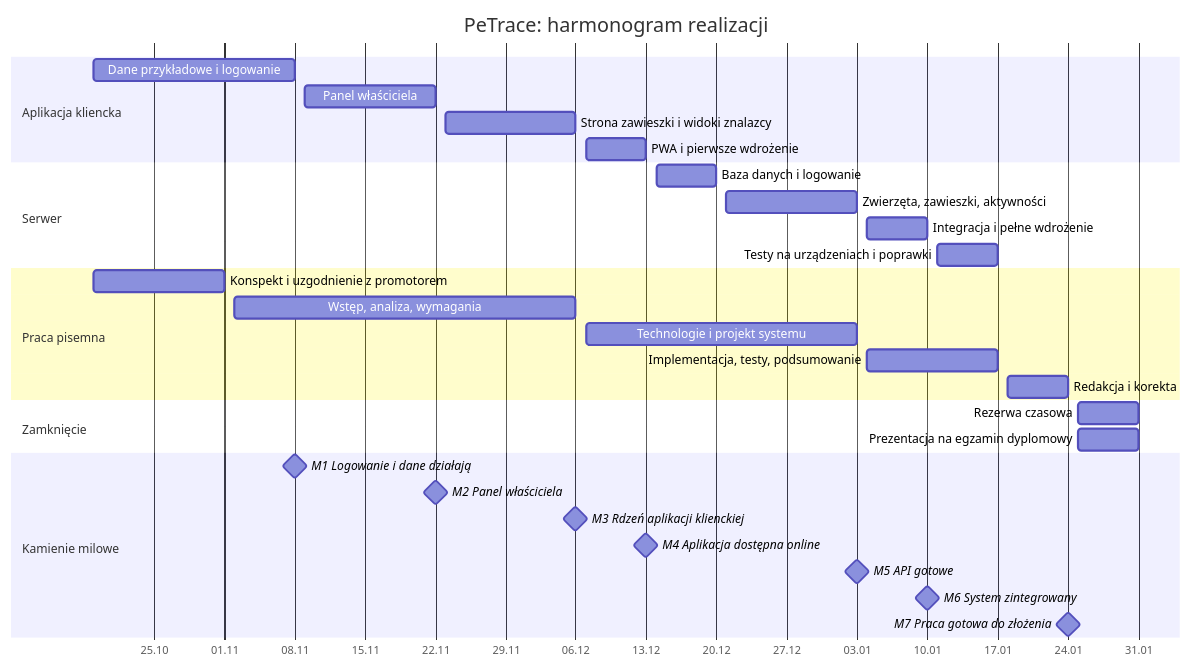
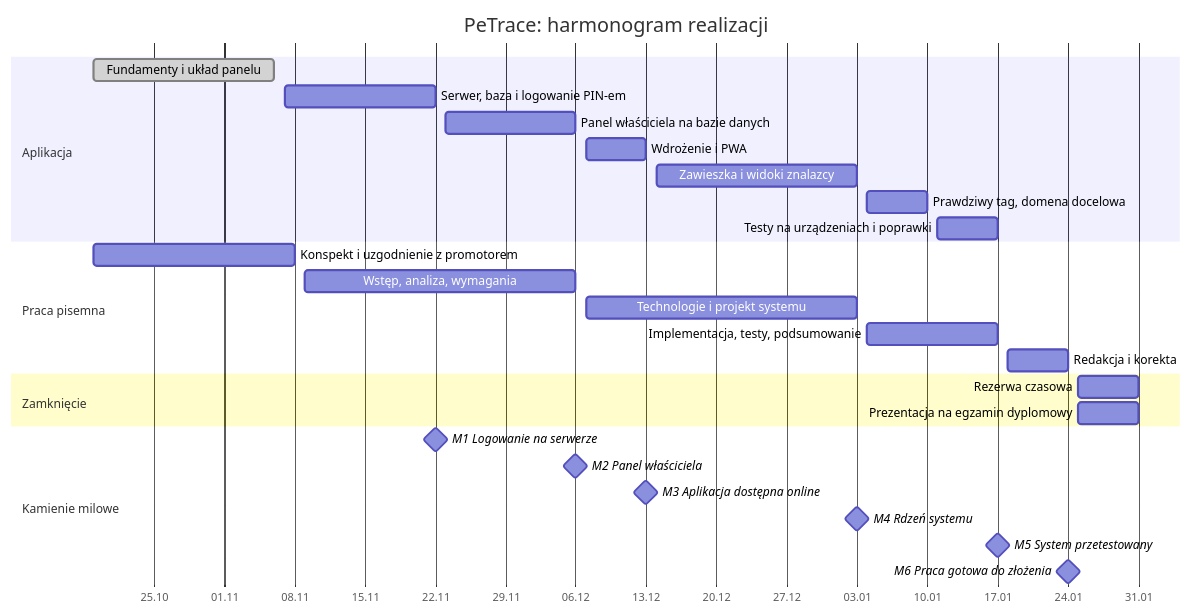
One commit to FullC0ntrol/petracer changed the diagram in plan/06-harmonogram.md. Above: the diagram before and after it, drawn with Mermaid. The commit also changed other lines of this file and 97 other files, not shown here.

````diff
--- a/plan/06-harmonogram.md
+++ b/plan/06-harmonogram.md
@@ -9,38 +9,34 @@
 ```mermaid
 gantt
   title PeTrace: harmonogram realizacji
   dateFormat YYYY-MM-DD
   axisFormat %d.%m
 
-  section Aplikacja kliencka
-  Dane przykładowe i logowanie        :f1, 2026-10-19, 2026-11-08
-  Panel właściciela                    :f2, 2026-11-09, 2026-11-22
-  Strona zawieszki i widoki znalazcy   :f3, 2026-11-23, 2026-12-06
-  PWA i pierwsze wdrożenie             :f4, 2026-12-07, 2026-12-13
-
-  section Serwer
-  Baza danych i logowanie              :b1, 2026-12-14, 2026-12-20
-  Zwierzęta, zawieszki, aktywności     :b2, 2026-12-21, 2027-01-03
-  Integracja i pełne wdrożenie         :i1, 2027-01-04, 2027-01-10
-  Testy na urządzeniach i poprawki     :t1, 2027-01-11, 2027-01-17
+  section Aplikacja
+  Fundamenty i układ panelu            :done, a0, 2026-10-19, 2026-11-06
+  Serwer, baza i logowanie PIN-em      :a1, 2026-11-07, 2026-11-22
+  Panel właściciela na bazie danych    :a2, 2026-11-23, 2026-12-06
+  Wdrożenie i PWA                      :a3, 2026-12-07, 2026-12-13
+  Zawieszka i widoki znalazcy          :a4, 2026-12-14, 2027-01-03
+  Prawdziwy tag, domena docelowa       :a5, 2027-01-04, 2027-01-10
+  Testy na urządzeniach i poprawki     :a6, 2027-01-11, 2027-01-17
 
   section Praca pisemna
-  Konspekt i uzgodnienie z promotorem  :p0, 2026-10-19, 2026-11-01
-  Wstęp, analiza, wymagania            :p1, 2026-11-02, 2026-12-06
+  Konspekt i uzgodnienie z promotorem  :p0, 2026-10-19, 2026-11-08
+  Wstęp, analiza, wymagania            :p1, 2026-11-09, 2026-12-06
   Technologie i projekt systemu        :p2, 2026-12-07, 2027-01-03
   Implementacja, testy, podsumowanie   :p3, 2027-01-04, 2027-01-17
   Redakcja i korekta                   :p4, 2027-01-18, 2027-01-24
 
   section Zamknięcie
   Rezerwa czasowa                      :r1, 2027-01-25, 2027-01-31
   Prezentacja na egzamin dyplomowy     :o1, 2027-01-25, 2027-01-31
 
   section Kamienie milowe
-  M1 Logowanie i dane działają        :milestone, m1, 2026-11-08, 0d
-  M2 Panel właściciela                :milestone, m2, 2026-11-22, 0d
-  M3 Rdzeń aplikacji klienckiej       :milestone, m3, 2026-12-06, 0d
-  M4 Aplikacja dostępna online        :milestone, m4, 2026-12-13, 0d
-  M5 API gotowe                       :milestone, m5, 2027-01-03, 0d
-  M6 System zintegrowany              :milestone, m6, 2027-01-10, 0d
-  M7 Praca gotowa do złożenia         :milestone, m7, 2027-01-24, 0d
+  M1 Logowanie na serwerze             :milestone, m1, 2026-11-22, 0d
+  M2 Panel właściciela                 :milestone, m2, 2026-12-06, 0d
+  M3 Aplikacja dostępna online         :milestone, m3, 2026-12-13, 0d
+  M4 Rdzeń systemu                     :milestone, m4, 2027-01-03, 0d
+  M5 System przetestowany              :milestone, m5, 2027-01-17, 0d
+  M6 Praca gotowa do złożenia          :milestone, m6, 2027-01-24, 0d
 ```
````
